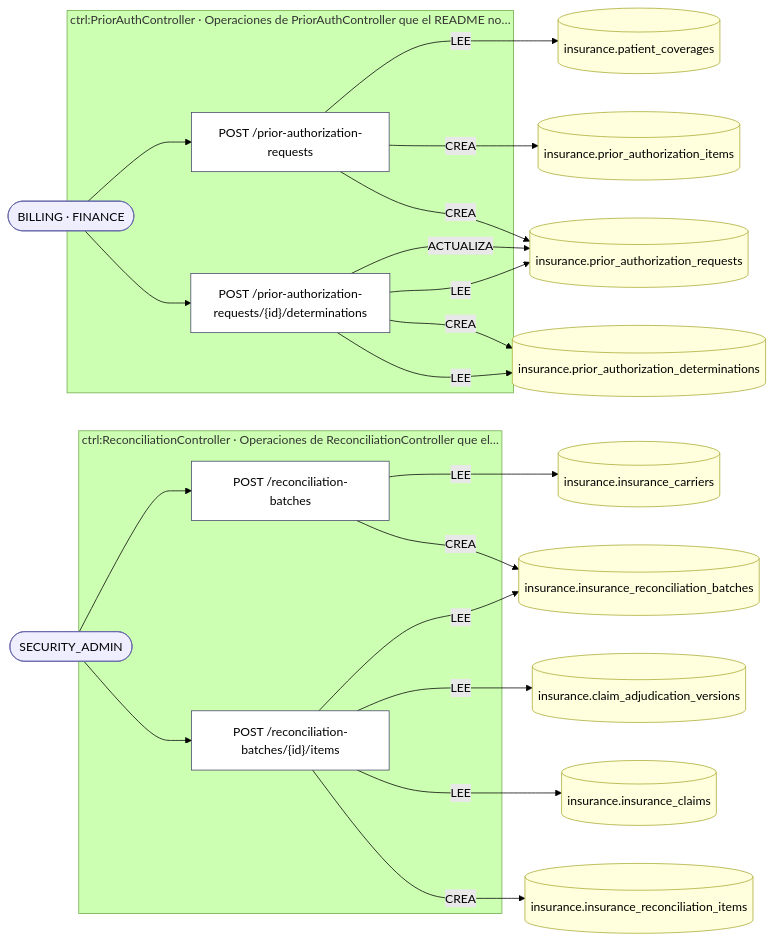
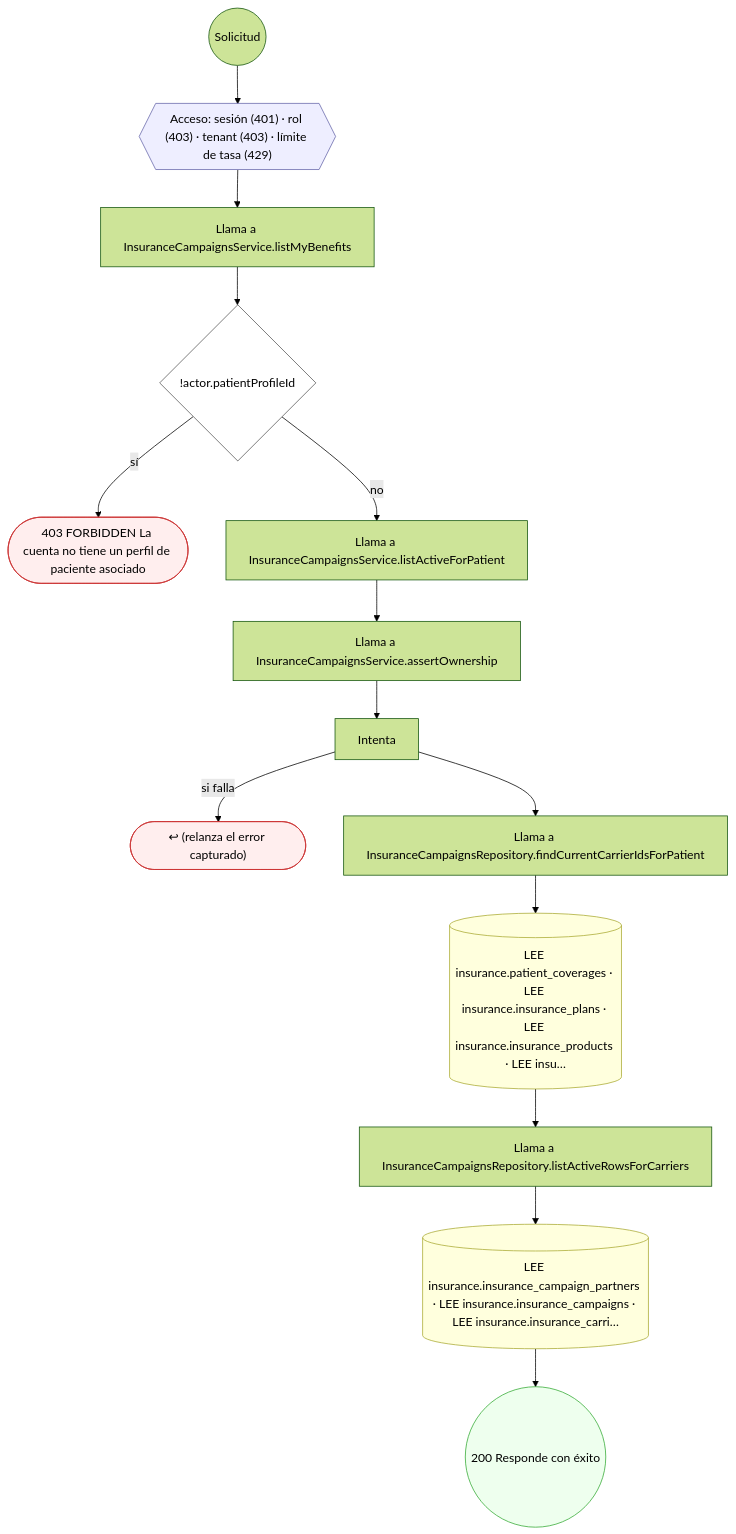
Before and after one commit to mdavila-2001/mantra-core-health-api: the tenth of 56 diagrams in docs/inventario/flujos/insurance.md, drawn with Mermaid (forest theme). The commit also changed other lines of this file and 451 other files, not shown here.

````diff
--- a/docs/inventario/flujos/insurance.md
+++ b/docs/inventario/flujos/insurance.md
@@ -247,43 +1318,36 @@
 ```mermaid
-flowchart LR
-  a2(["BILLING · FINANCE"]):::actor
-  a9(["SECURITY_ADMIN"]):::actor
-  t3[("insurance.patient_coverages")]:::tabla
-  t4[("insurance.prior_authorization_items")]:::tabla
-  t5[("insurance.prior_authorization_requests")]:::tabla
-  t7[("insurance.prior_authorization_determinations")]:::tabla
-  t10[("insurance.insurance_carriers")]:::tabla
-  t11[("insurance.insurance_reconciliation_batches")]:::tabla
-  t13[("insurance.claim_adjudication_versions")]:::tabla
-  t14[("insurance.insurance_claims")]:::tabla
-  t15[("insurance.insurance_reconciliation_items")]:::tabla
-  subgraph s0["ctrl:PriorAuthController · Operaciones de PriorAuthController que el README no…"]
-    o1["POST /prior-authorization-requests"]:::op
-    o6["POST /prior-authorization-requests/{id}/determinations"]:::op
-  end
-  subgraph s1["ctrl:ReconciliationController · Operaciones de ReconciliationController que el…"]
-    o8["POST /reconciliation-batches"]:::op
-    o12["POST /reconciliation-batches/{id}/items"]:::op
-  end
-  a2 --> o1
-  o1 -->|"LEE"| t3
-  o1 -->|"CREA"| t4
-  o1 -->|"CREA"| t5
-  a2 --> o6
-  o6 -->|"CREA"| t7
-  o6 -->|"LEE"| t7
-  o6 -->|"ACTUALIZA"| t5
-  o6 -->|"LEE"| t5
-  a9 --> o8
-  o8 -->|"LEE"| t10
-  o8 -->|"CREA"| t11
-  a9 --> o12
-  o12 -->|"LEE"| t13
-  o12 -->|"LEE"| t14
-  o12 -->|"LEE"| t11
-  o12 -->|"CREA"| t15
-  classDef op fill:#fff,stroke:#446
-  classDef actor fill:#eef,stroke:#66a
-  classDef tabla fill:#ffd,stroke:#aa3
-  classDef evento fill:#efe,stroke:#3a3
+flowchart TD
+  n1(("Solicitud")):::inicio
+  n2{{"Acceso: sesión (401) · rol (403) · tenant (403) · límite de tasa (429)"}}:::acceso
+  n1 --> n2
+  n3["Llama a InsuranceCampaignsService.listMyBenefits"]:::llamada
+  n2 --> n3
+  n4{"!actor.patientProfileId"}:::decision
+  n3 --> n4
+  n5(["403 FORBIDDEN La cuenta no tiene un perfil de paciente asociado"]):::error
+  n4 -->|"sí"| n5
+  n6["Llama a InsuranceCampaignsService.listActiveForPatient"]:::llamada
+  n4 -->|"no"| n6
+  n7["Llama a InsuranceCampaignsService.assertOwnership"]:::llamada
+  n6 --> n7
+  n8["Intenta"]:::intento
+  n7 --> n8
+  n9(["↩ (relanza el error capturado)"]):::error
+  n8 -->|"si falla"| n9
+  n10["Llama a InsuranceCampaignsRepository.findCurrentCarrierIdsForPatient"]:::llamada
+  n8 --> n10
+  n11[("LEE insurance.patient_coverages · LEE insurance.insurance_plans · LEE insurance.insurance_products · LEE insu…")]:::efecto
+  n10 --> n11
+  n12["Llama a InsuranceCampaignsRepository.listActiveRowsForCarriers"]:::llamada
+  n11 --> n12
+  n13[("LEE insurance.insurance_campaign_partners · LEE insurance.insurance_campaigns · LEE insurance.insurance_carri…")]:::efecto
+  n12 --> n13
+  n14(("200 Responde con éxito")):::ok
+  n13 --> n14
+  classDef acceso fill:#eef,stroke:#66a
+  classDef error fill:#fee,stroke:#c33
+  classDef ok fill:#efe,stroke:#3a3
+  classDef efecto fill:#ffd,stroke:#aa3
+  classDef decision fill:#fff,stroke:#555
+  classDef corte fill:#eee,stroke:#999,stroke-dasharray: 4
 ```
````
